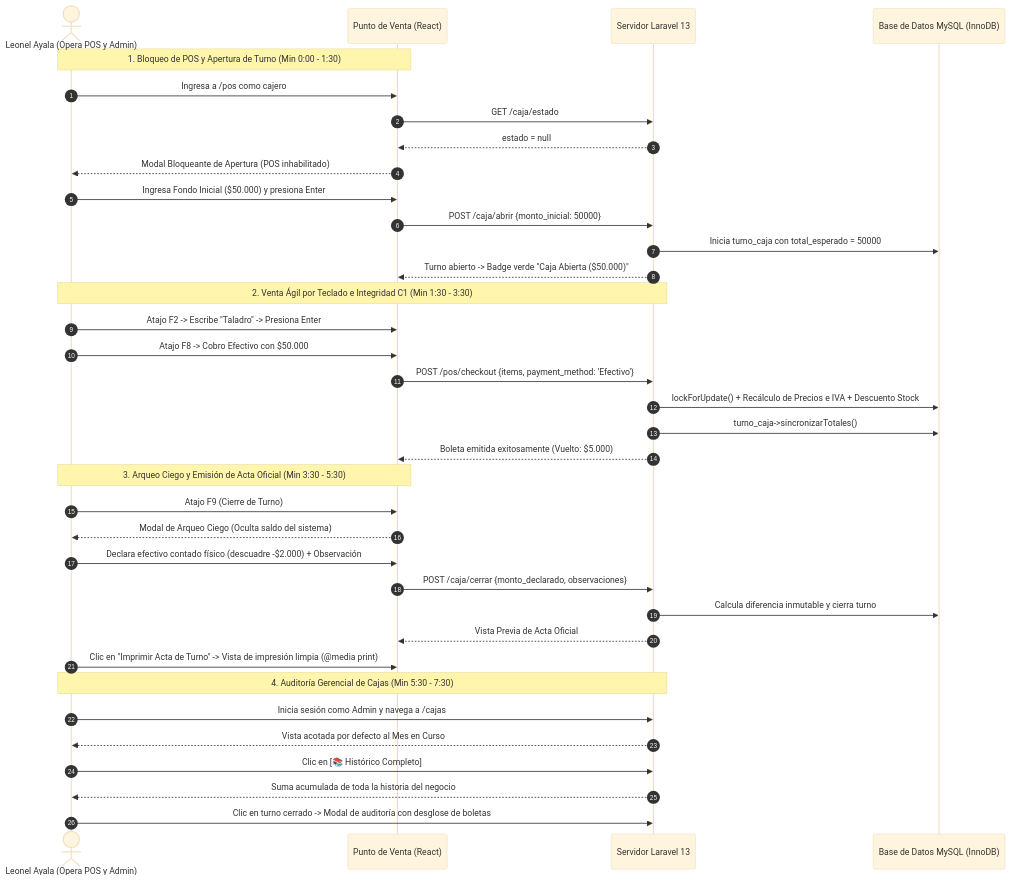
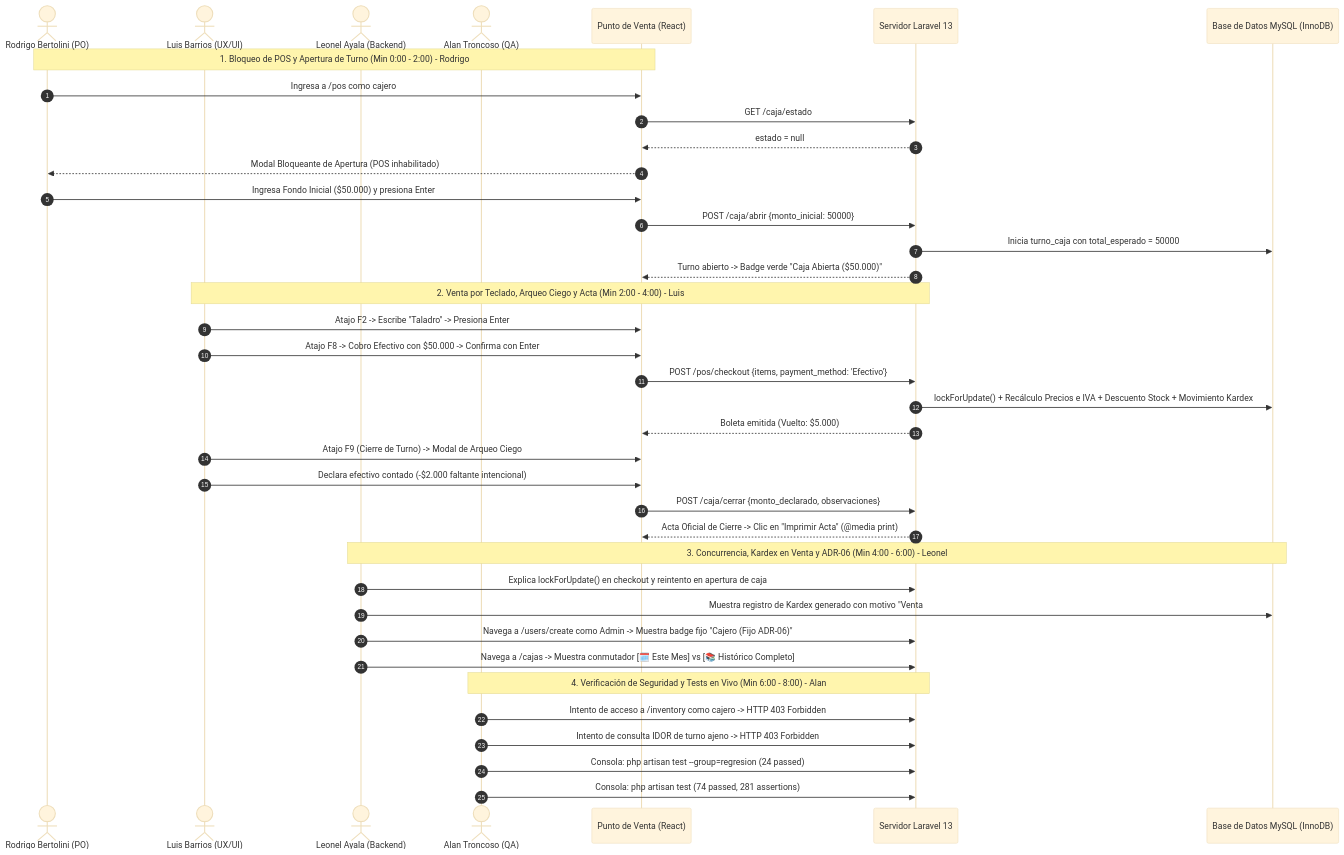
Before and after one commit to Leonel-Ayala/GestiSoft: the diagram in docs/guia-presentacion-defensa3.md, drawn with Mermaid (base theme). The commit also changed other lines of this file and 18 other files, not shown here.

````diff
--- a/docs/guia-presentacion-defensa3.md
+++ b/docs/guia-presentacion-defensa3.md
@@ -368,42 +378,44 @@
 ```mermaid
 sequenceDiagram
     autonumber
-    actor L as Leonel Ayala (Opera POS y Admin)
+    actor R as Rodrigo Bertolini (PO)
+    actor LB as Luis Barrios (UX/UI)
+    actor LA as Leonel Ayala (Backend)
+    actor AT as Alan Troncoso (QA)
     participant POS as Punto de Venta (React)
     participant Srv as Servidor Laravel 13
     participant BD as Base de Datos MySQL (InnoDB)
 
-    Note over L,POS: 1. Bloqueo de POS y Apertura de Turno (Min 0:00 - 1:30)
-    L->>POS: Ingresa a /pos como cajero
+    Note over R,POS: 1. Bloqueo de POS y Apertura de Turno (Min 0:00 - 2:00) - Rodrigo
+    R->>POS: Ingresa a /pos como cajero
     POS->>Srv: GET /caja/estado
     Srv-->>POS: estado = null
-    POS-->>L: Modal Bloqueante de Apertura (POS inhabilitado)
-    L->>POS: Ingresa Fondo Inicial ($50.000) y presiona Enter
+    POS-->>R: Modal Bloqueante de Apertura (POS inhabilitado)
+    R->>POS: Ingresa Fondo Inicial ($50.000) y presiona Enter
     POS->>Srv: POST /caja/abrir {monto_inicial: 50000}
     Srv->>BD: Inicia turno_caja con total_esperado = 50000
     Srv-->>POS: Turno abierto -> Badge verde "Caja Abierta ($50.000)"
 
-    Note over L,Srv: 2. Venta Ágil por Teclado e Integridad C1 (Min 1:30 - 3:30)
-    L->>POS: Atajo F2 -> Escribe "Taladro" -> Presiona Enter
-    L->>POS: Atajo F8 -> Cobro Efectivo con $50.000
+    Note over LB,Srv: 2. Venta por Teclado, Arqueo Ciego y Acta (Min 2:00 - 4:00) - Luis
+    LB->>POS: Atajo F2 -> Escribe "Taladro" -> Presiona Enter
+    LB->>POS: Atajo F8 -> Cobro Efectivo con $50.000 -> Confirma con Enter
     POS->>Srv: POST /pos/checkout {items, payment_method: 'Efectivo'}
-    Srv->>BD: lockForUpdate() + Recálculo de Precios e IVA + Descuento Stock
-    Srv->>BD: turno_caja->sincronizarTotales()
-    Srv-->>POS: Boleta emitida exitosamente (Vuelto: $5.000)
+    Srv->>BD: lockForUpdate() + Recálculo Precios e IVA + Descuento Stock + Movimiento Kardex
+    Srv-->>POS: Boleta emitida (Vuelto: $5.000)
+    LB->>POS: Atajo F9 (Cierre de Turno) -> Modal de Arqueo Ciego
+    LB->>POS: Declara efectivo contado (-$2.000 faltante intencional)
+    POS->>Srv: POST /caja/cerrar {monto_declarado, observaciones}
+    Srv-->>POS: Acta Oficial de Cierre -> Clic en "Imprimir Acta" (@media print)
 
-    Note over L,POS: 3. Arqueo Ciego y Emisión de Acta Oficial (Min 3:30 - 5:30)
-    L->>POS: Atajo F9 (Cierre de Turno)
-    POS-->>L: Modal de Arqueo Ciego (Oculta saldo del sistema)
-    L->>POS: Declara efectivo contado físico (descuadre -$2.000) + Observación
-    POS->>Srv: POST /caja/cerrar {monto_declarado, observaciones}
-    Srv->>BD: Calcula diferencia inmutable y cierra turno
-    Srv-->>POS: Vista Previa de Acta Oficial
-    L->>POS: Clic en "Imprimir Acta de Turno" -> Vista de impresión limpia (@media print)
+    Note over LA,BD: 3. Concurrencia, Kardex en Venta y ADR-06 (Min 4:00 - 6:00) - Leonel
+    LA->>Srv: Explica lockForUpdate() en checkout y reintento en apertura de caja
+    LA->>BD: Muestra registro de Kardex generado con motivo "Venta #ID"
+    LA->>Srv: Navega a /users/create como Admin -> Muestra badge fijo "Cajero (Fijo ADR-06)"
+    LA->>Srv: Navega a /cajas -> Muestra conmutador [🗓️ Este Mes] vs [📚 Histórico Completo]
 
-    Note over L,Srv: 4. Auditoría Gerencial de Cajas (Min 5:30 - 7:30)
-    L->>Srv: Inicia sesión como Admin y navega a /cajas
-    Srv-->>L: Vista acotada por defecto al Mes en Curso
-    L->>Srv: Clic en [📚 Histórico Completo]
-    Srv-->>L: Suma acumulada de toda la historia del negocio
-    L->>Srv: Clic en turno cerrado -> Modal de auditoría con desglose de boletas
+    Note over AT,Srv: 4. Verificación de Seguridad y Tests en Vivo (Min 6:00 - 8:00) - Alan
+    AT->>Srv: Intento de acceso a /inventory como cajero -> HTTP 403 Forbidden
+    AT->>Srv: Intento de consulta IDOR de turno ajeno -> HTTP 403 Forbidden
+    AT->>Srv: Consola: php artisan test --group=regresion (24 passed)
+    AT->>Srv: Consola: php artisan test (74 passed, 281 assertions)
 ```
````
